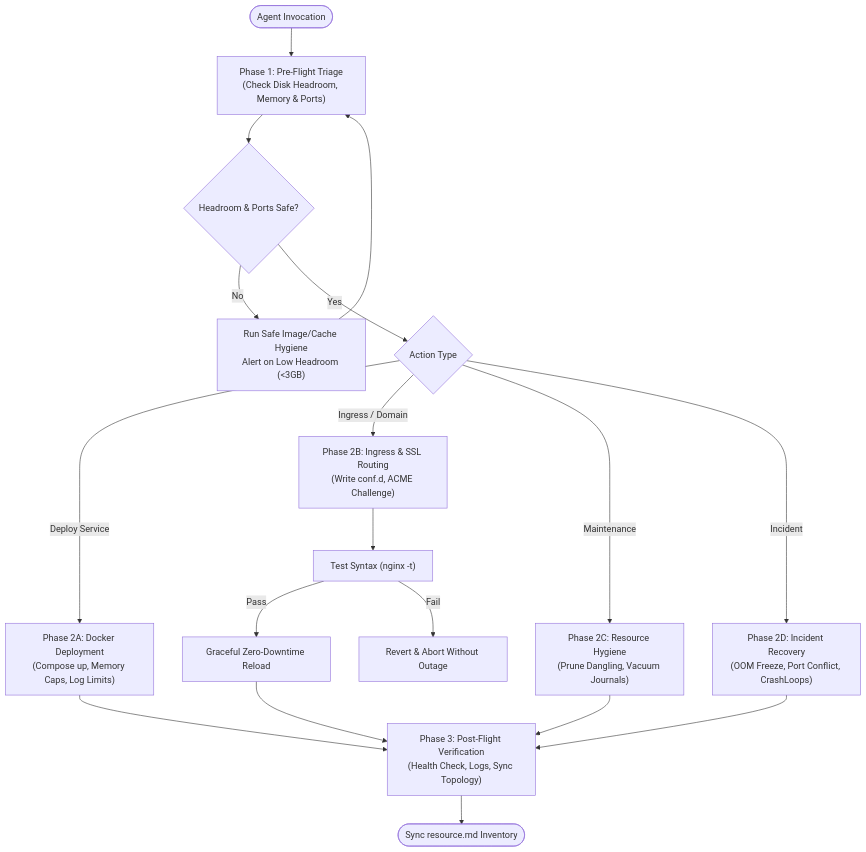
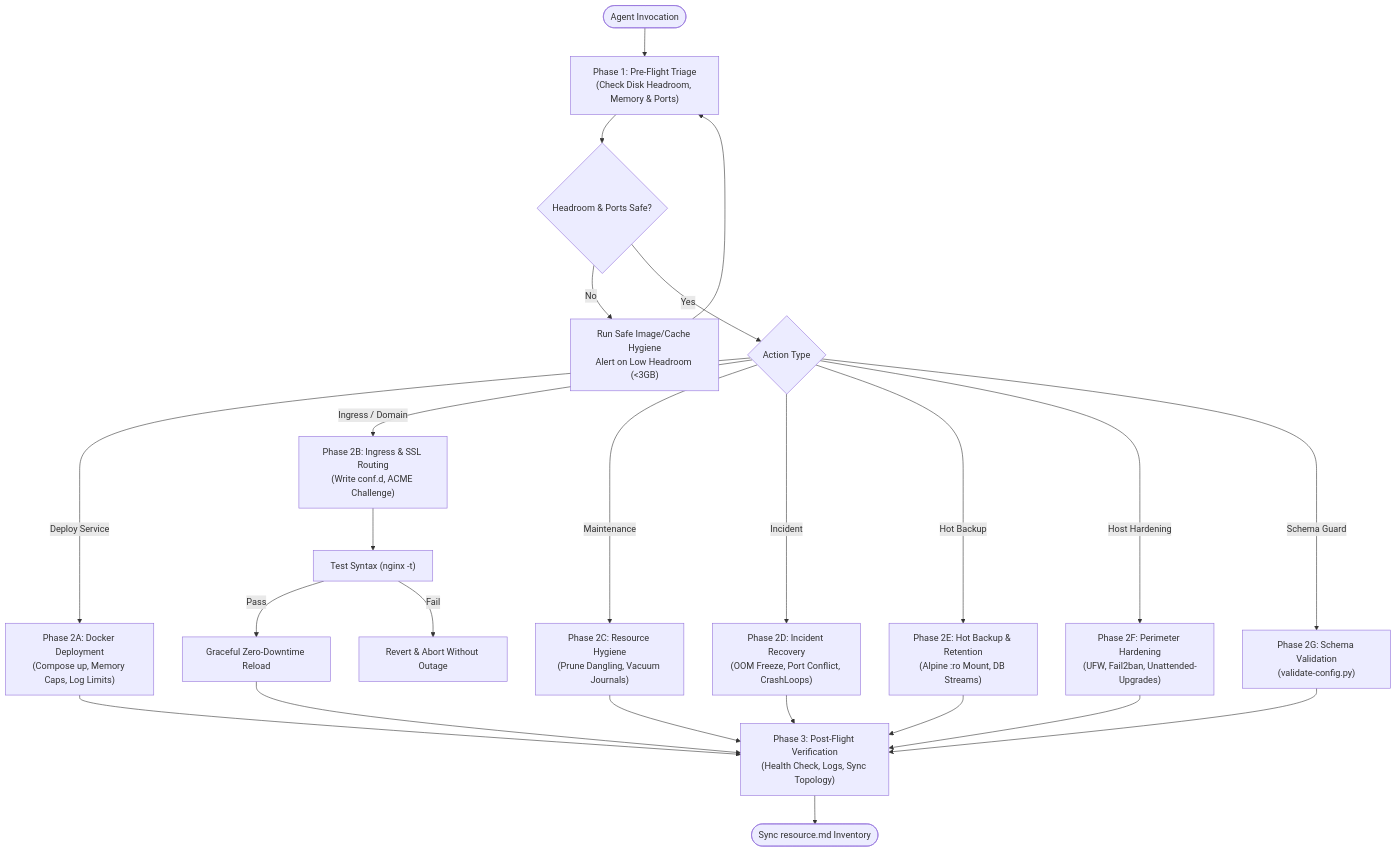
The second of 2 diagrams in README.md (AminFallah4252/agent-devops-manager), drawn with Mermaid before and after one commit. The commit also changed other lines of this file and 4 other files, not shown here.

````diff
--- a/README.md
+++ b/README.md
@@ -19,22 +63,28 @@
 ```mermaid
 flowchart TD
     Start(["Agent Invocation"]) --> PreFlight["Phase 1: Pre-Flight Triage\n(Check Disk Headroom, Memory & Ports)"]
     PreFlight --> CheckOK{"Headroom & Ports Safe?"}
     CheckOK -- No --> Remediate["Run Safe Image/Cache Hygiene\nAlert on Low Headroom (<3GB)"]
     Remediate --> PreFlight
     CheckOK -- Yes --> Action{"Action Type"}
     
     Action -- "Deploy Service" --> DeployFlow["Phase 2A: Docker Deployment\n(Compose up, Memory Caps, Log Limits)"]
     Action -- "Ingress / Domain" --> NginxFlow["Phase 2B: Ingress & SSL Routing\n(Write conf.d, ACME Challenge)"]
     Action -- "Maintenance" --> HygieneFlow["Phase 2C: Resource Hygiene\n(Prune Dangling, Vacuum Journals)"]
     Action -- "Incident" --> IncidentFlow["Phase 2D: Incident Recovery\n(OOM Freeze, Port Conflict, CrashLoops)"]
+    Action -- "Hot Backup" --> BackupFlow["Phase 2E: Hot Backup & Retention\n(Alpine :ro Mount, DB Streams)"]
+    Action -- "Host Hardening" --> HardeningFlow["Phase 2F: Perimeter Hardening\n(UFW, Fail2ban, Unattended-Upgrades)"]
+    Action -- "Schema Guard" --> SchemaFlow["Phase 2G: Schema Validation\n(validate-config.py)"]
 
     DeployFlow --> PostFlight["Phase 3: Post-Flight Verification\n(Health Check, Logs, Sync Topology)"]
     NginxFlow --> NginxTest["Test Syntax (nginx -t)"]
     NginxTest -- Pass --> ReloadNginx["Graceful Zero-Downtime Reload"]
     NginxTest -- Fail --> Abort["Revert & Abort Without Outage"]
     ReloadNginx --> PostFlight
     HygieneFlow --> PostFlight
     IncidentFlow --> PostFlight
+    BackupFlow --> PostFlight
+    HardeningFlow --> PostFlight
+    SchemaFlow --> PostFlight
     PostFlight --> Finish(["Sync resource.md Inventory"])
 ```
````
